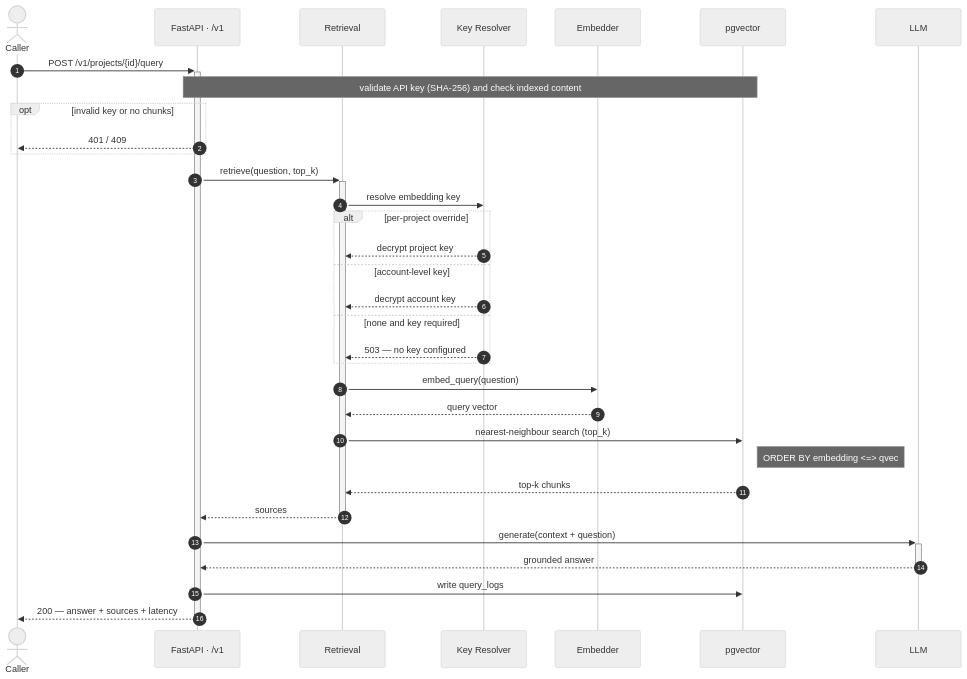
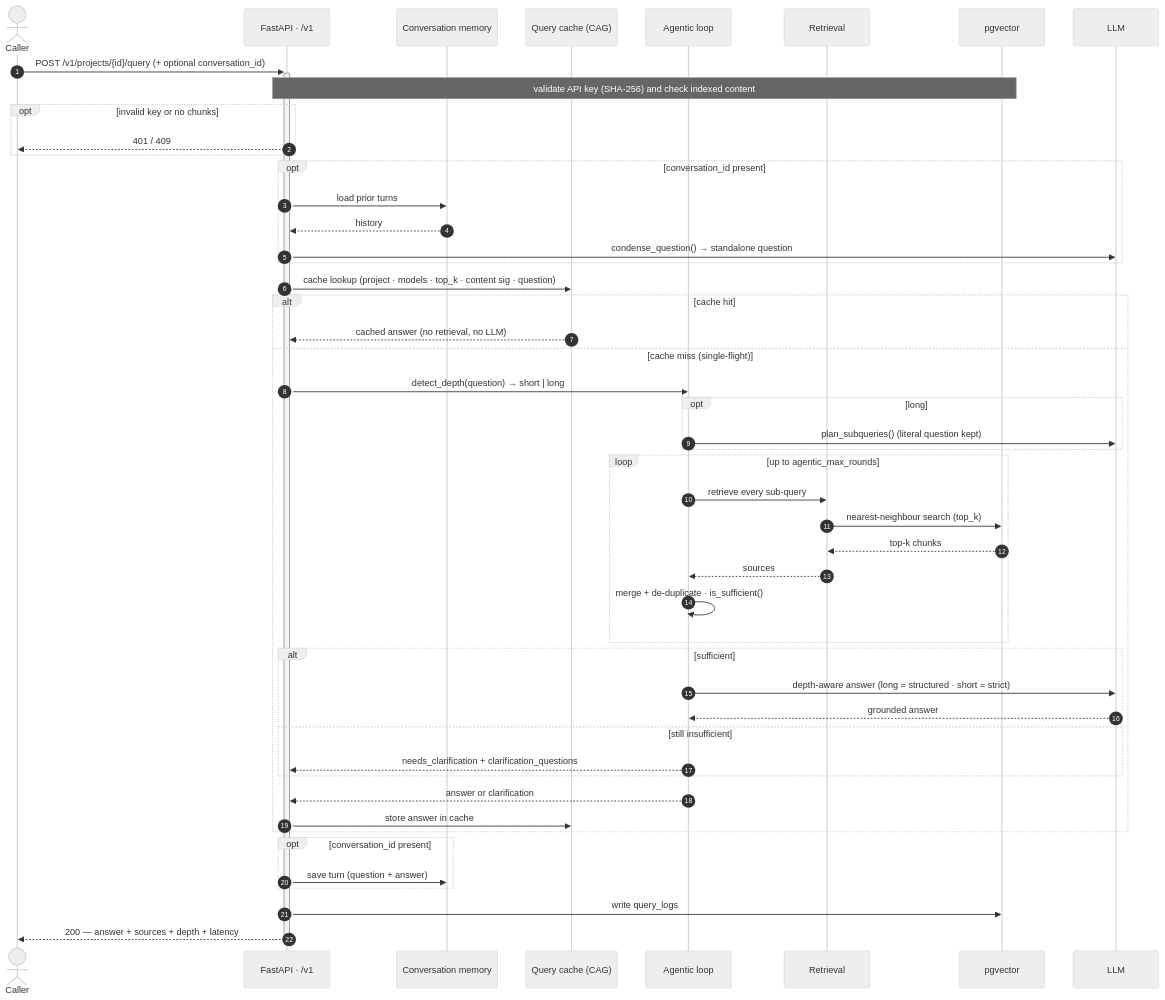
The third of 6 diagrams in Readme.md (haroontrailblazer/Oreag), drawn with Mermaid (neutral theme) before and after one commit. The commit also changed other lines of this file and 3 other files, not shown here.

First line of the commit message:
Enhance query endpoint with conversation memory and caching features

````diff
--- a/Readme.md
+++ b/Readme.md
@@ -163,38 +166,55 @@
 ```mermaid
 sequenceDiagram
     autonumber
     actor C as Caller
     participant API as FastAPI · /v1
+    participant CV as Conversation memory
+    participant QC as Query cache (CAG)
+    participant AG as Agentic loop
     participant R as Retrieval
-    participant RV as Key Resolver
-    participant E as Embedder
     participant DB as pgvector
     participant L as LLM
 
-    C->>+API: POST /v1/projects/{id}/query
+    C->>+API: POST /v1/projects/{id}/query (+ optional conversation_id)
     Note over API,DB: validate API key (SHA-256) and check indexed content
     opt invalid key or no chunks
         API-->>C: 401 / 409
     end
 
-    API->>+R: retrieve(question, top_k)
-    R->>RV: resolve embedding key
-    alt per-project override
-        RV-->>R: decrypt project key
-    else account-level key
-        RV-->>R: decrypt account key
-    else none and key required
-        RV-->>R: 503 — no key configured
+    opt conversation_id present
+        API->>CV: load prior turns
+        CV-->>API: history
+        API->>L: condense_question() → standalone question
     end
-    R->>E: embed_query(question)
-    E-->>R: query vector
-    R->>DB: nearest-neighbour search (top_k)
-    Note right of DB: ORDER BY embedding <=> qvec
-    DB-->>R: top-k chunks
-    R-->>-API: sources
 
-    API->>+L: generate(context + question)
-    L-->>-API: grounded answer
+    API->>QC: cache lookup (project · models · top_k · content sig · question)
+    alt cache hit
+        QC-->>API: cached answer (no retrieval, no LLM)
+    else cache miss (single-flight)
+        API->>AG: detect_depth(question) → short | long
+        opt long
+            AG->>L: plan_subqueries() (literal question kept)
+        end
+        loop up to agentic_max_rounds
+            AG->>R: retrieve every sub-query
+            R->>DB: nearest-neighbour search (top_k)
+            DB-->>R: top-k chunks
+            R-->>AG: sources
+            AG->>AG: merge + de-duplicate · is_sufficient()
+        end
+        alt sufficient
+            AG->>L: depth-aware answer (long = structured · short = strict)
+            L-->>AG: grounded answer
+        else still insufficient
+            AG-->>API: needs_clarification + clarification_questions
+        end
+        AG-->>API: answer or clarification
+        API->>QC: store answer in cache
+    end
+
+    opt conversation_id present
+        API->>CV: save turn (question + answer)
+    end
     API->>DB: write query_logs
-    API-->>-C: 200 — answer + sources + latency
+    API-->>-C: 200 — answer + sources + depth + latency
 ```
````
